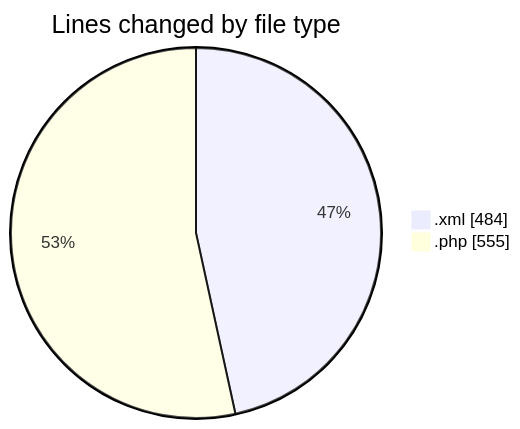
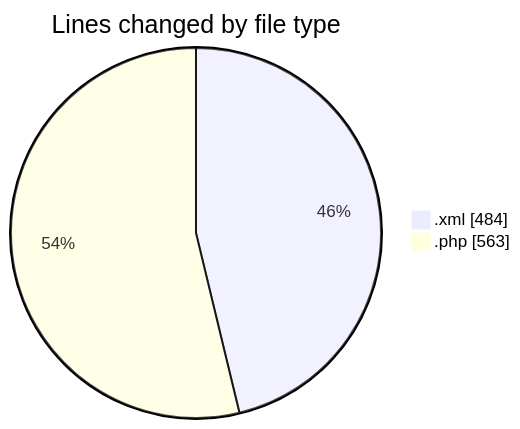
The first of 2 diagrams in 2025-04-24/zeytoon/README.md (vahidmafi/code-tracking), drawn with Mermaid before and after one commit. The commit also changed other lines of this file and 1 other file, not shown here.

````diff
--- a/2025-04-24/zeytoon/README.md
+++ b/2025-04-24/zeytoon/README.md
@@ -21,6 +21,6 @@
 ```mermaid
 pie showData
 title Lines changed by file type
 ".xml" : 484
-".php" : 555
+".php" : 563
 ```
````
